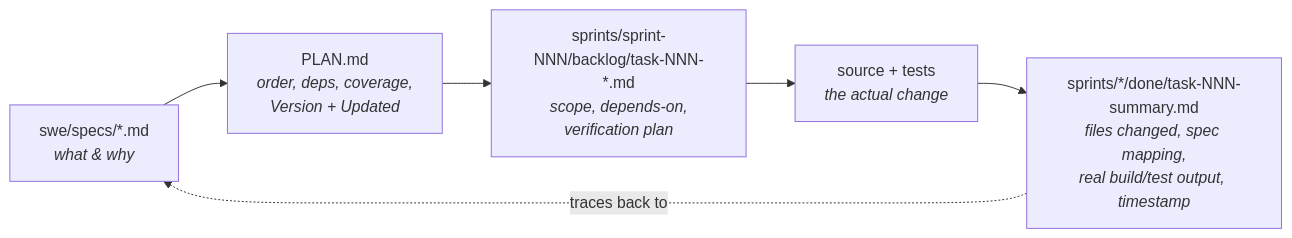
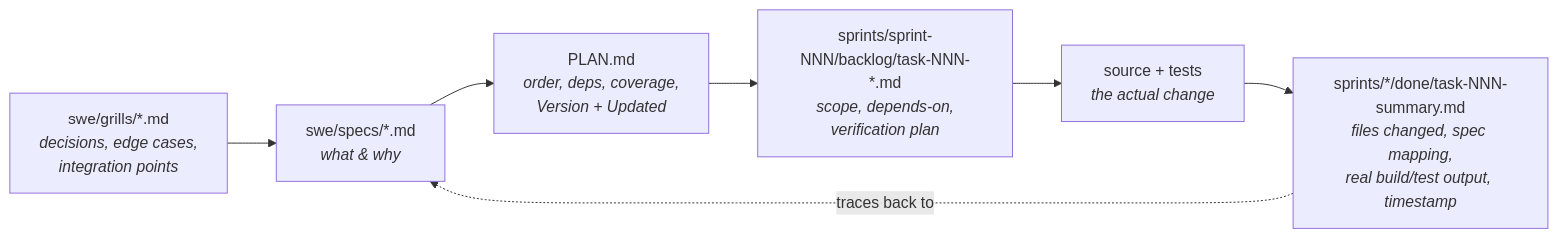
The third of 3 diagrams in README.md (avatsaev/av-swe-skill), drawn with Mermaid before and after one commit. The commit also changed other lines of this file and 8 other files, not shown here.

````diff
--- a/README.md
+++ b/README.md
@@ -83,8 +85,9 @@
 ```mermaid
 flowchart LR
-    S["swe/specs/*.md<br/><i>what & why</i>"] --> P["PLAN.md<br/><i>order, deps, coverage,<br/>Version + Updated</i>"]
+    G["swe/grills/*.md<br/><i>decisions, edge cases,<br/>integration points</i>"] --> S["swe/specs/*.md<br/><i>what & why</i>"]
+    S --> P["PLAN.md<br/><i>order, deps, coverage,<br/>Version + Updated</i>"]
     P --> T["sprints/sprint-NNN/backlog/task-NNN-*.md<br/><i>scope, depends-on,<br/>verification plan</i>"]
     T --> SRC["source + tests<br/><i>the actual change</i>"]
     SRC --> SUM["sprints/*/done/task-NNN-summary.md<br/><i>files changed, spec mapping,<br/>real build/test output, timestamp</i>"]
     SUM -.->|"traces back to"| S
 ```
````
